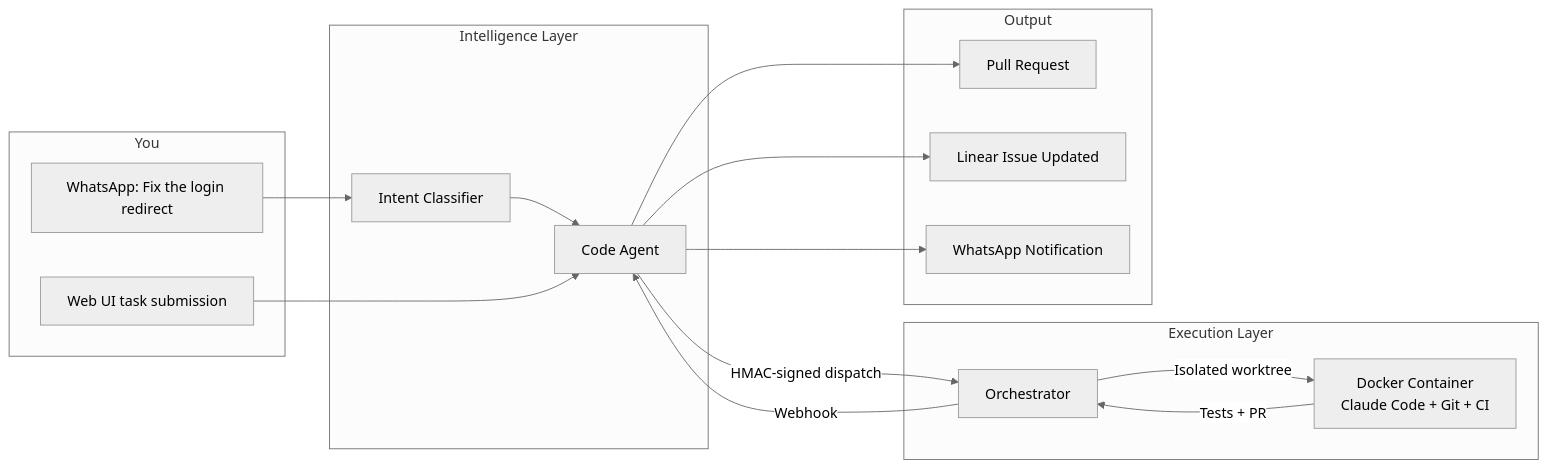
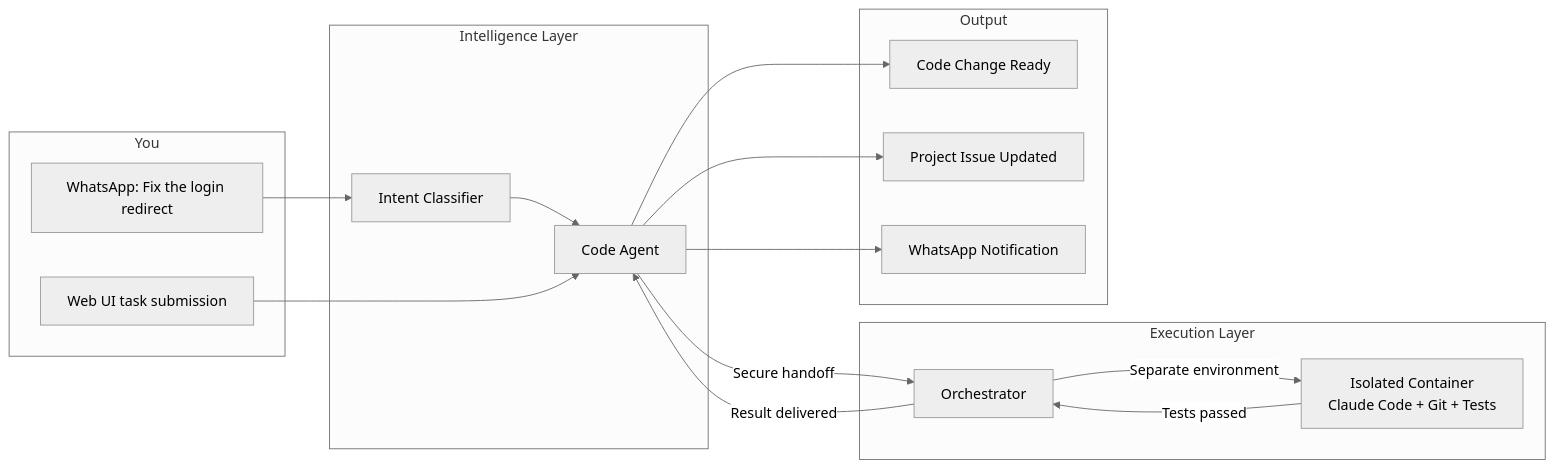
The first of 3 diagrams in README.md (pbuchman/intexuraos), drawn with Mermaid (neutral theme) before and after one commit. The commit also changed other lines of this file and 48 other files, not shown here.

````diff
--- a/README.md
+++ b/README.md
@@ -50,33 +38,33 @@
 ```mermaid
 graph LR
     subgraph "You"
         WA["WhatsApp: Fix the login redirect"]
         WEB[Web UI task submission]
     end
 
     subgraph "Intelligence Layer"
         CMD[Intent Classifier]
         CA[Code Agent]
     end
 
     subgraph "Execution Layer"
         ORCH[Orchestrator]
-        CW["Docker Container<br>Claude Code + Git + CI"]
+        CW["Isolated Container<br>Claude Code + Git + Tests"]
     end
 
     subgraph "Output"
-        PR[Pull Request]
-        LIN[Linear Issue Updated]
+        PR[Code Change Ready]
+        LIN[Project Issue Updated]
         NOTIFY[WhatsApp Notification]
     end
 
     WA --> CMD --> CA
     WEB --> CA
-    CA -->|"HMAC-signed dispatch"| ORCH
-    ORCH -->|"Isolated worktree"| CW
-    CW -->|"Tests + PR"| ORCH
-    ORCH -->|"Webhook"| CA
+    CA -->|"Secure handoff"| ORCH
+    ORCH -->|"Separate environment"| CW
+    CW -->|"Tests passed"| ORCH
+    ORCH -->|"Result delivered"| CA
     CA --> PR
     CA --> LIN
     CA --> NOTIFY
 ```
````
